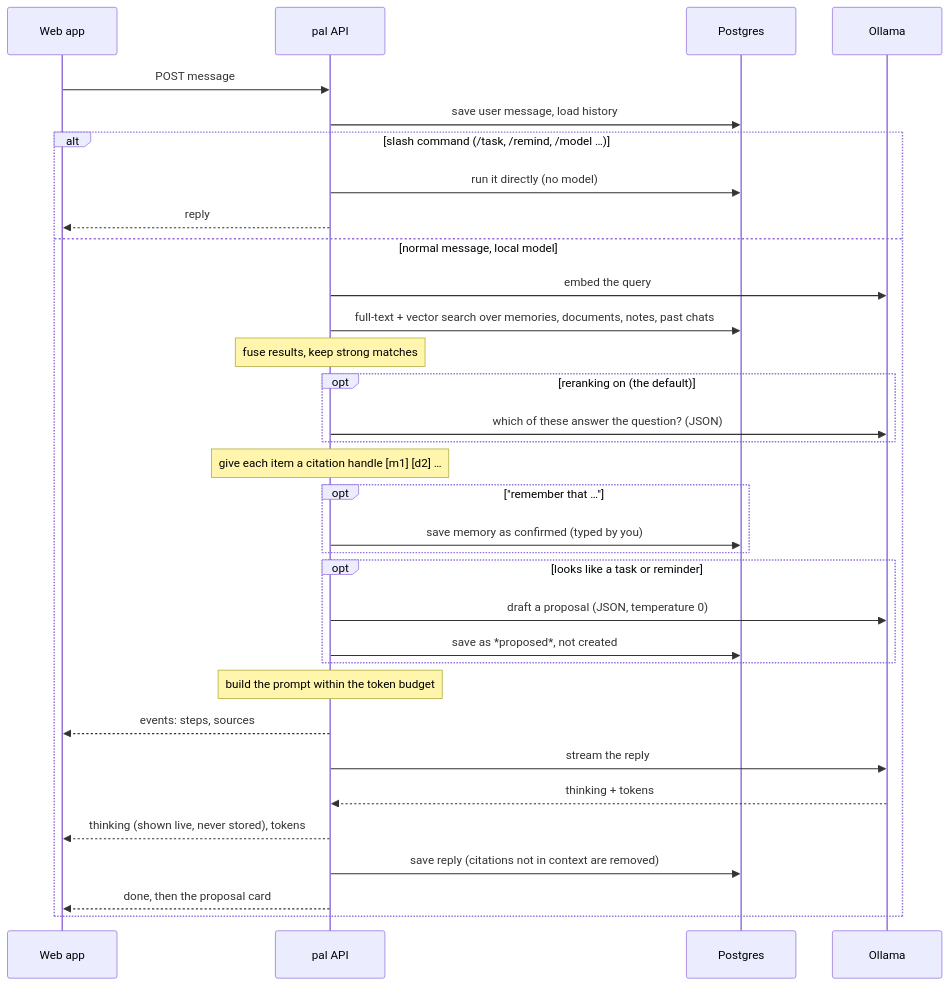
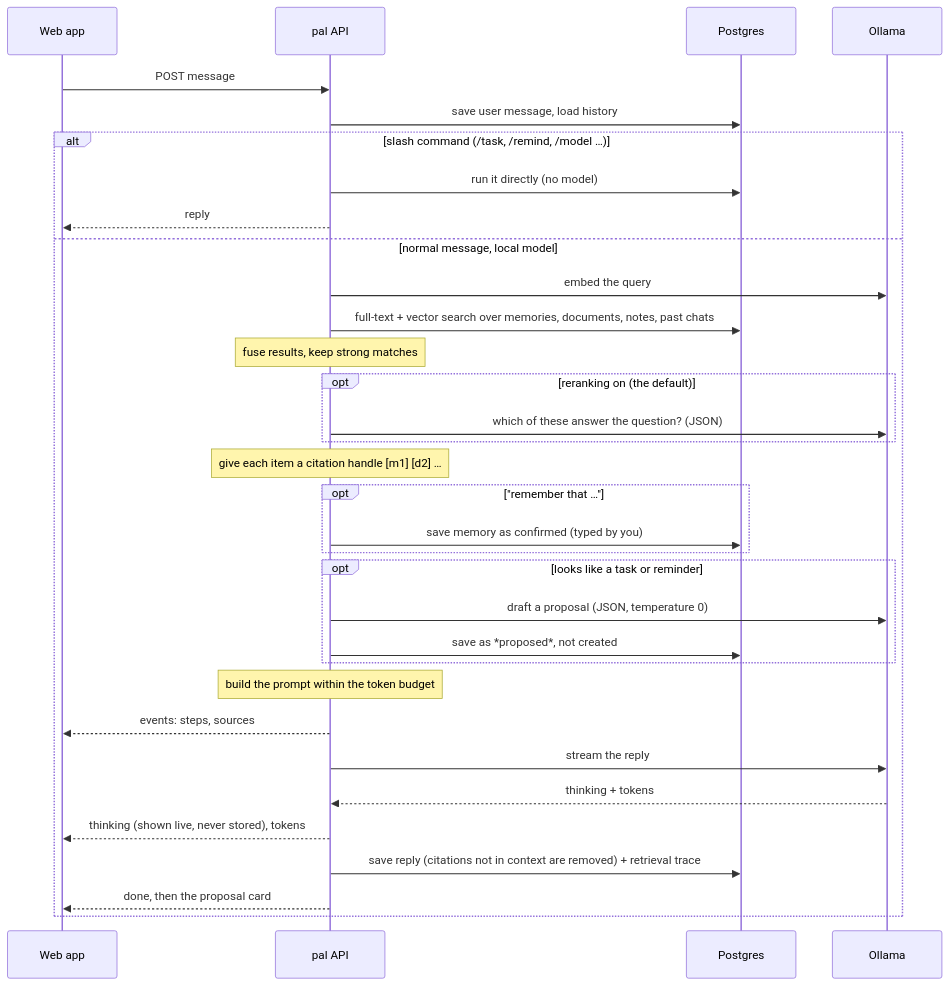
The second of 2 diagrams in ARCHITECTURE.md (ericckzhou/pal), drawn with Mermaid before and after one commit. The commit also changed other lines of this file and 10 other files, not shown here.

First line of the commit message:
feat: record a retrieval decision trace with each reply

````diff
--- a/ARCHITECTURE.md
+++ b/ARCHITECTURE.md
@@ -80,36 +80,36 @@
 ```mermaid
 sequenceDiagram
     participant UI as Web app
     participant API as pal API
     participant DB as Postgres
     participant OL as Ollama
 
     UI->>API: POST message
     API->>DB: save user message, load history
     alt slash command (/task, /remind, /model …)
         API->>DB: run it directly (no model)
         API-->>UI: reply
     else normal message, local model
         API->>OL: embed the query
         API->>DB: full-text + vector search over memories, documents, notes, past chats
         Note over API: fuse results, keep strong matches
         opt reranking on (the default)
             API->>OL: which of these answer the question? (JSON)
         end
         Note over API: give each item a citation handle [m1] [d2] …
         opt "remember that …"
             API->>DB: save memory as confirmed (typed by you)
         end
         opt looks like a task or reminder
             API->>OL: draft a proposal (JSON, temperature 0)
             API->>DB: save as *proposed*, not created
         end
         Note over API: build the prompt within the token budget
         API-->>UI: events: steps, sources
         API->>OL: stream the reply
         OL-->>API: thinking + tokens
         API-->>UI: thinking (shown live, never stored), tokens
-        API->>DB: save reply (citations not in context are removed)
+        API->>DB: save reply (citations not in context are removed) + retrieval trace
         API-->>UI: done, then the proposal card
     end
 ```
````
